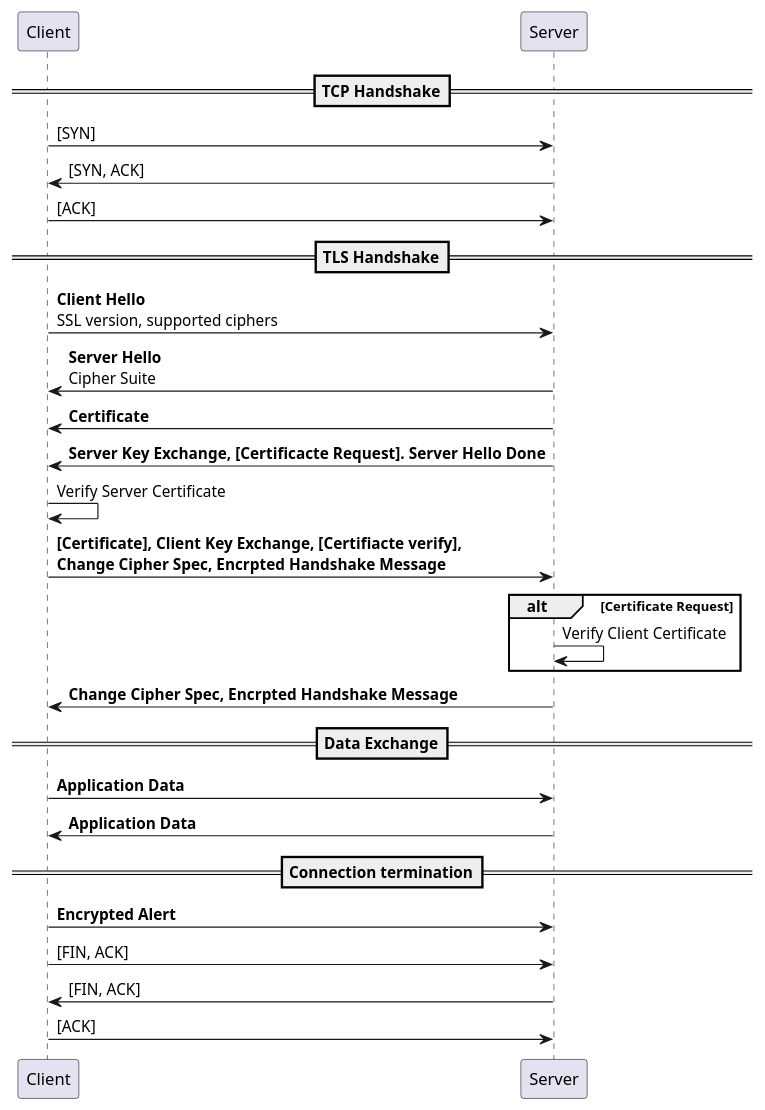
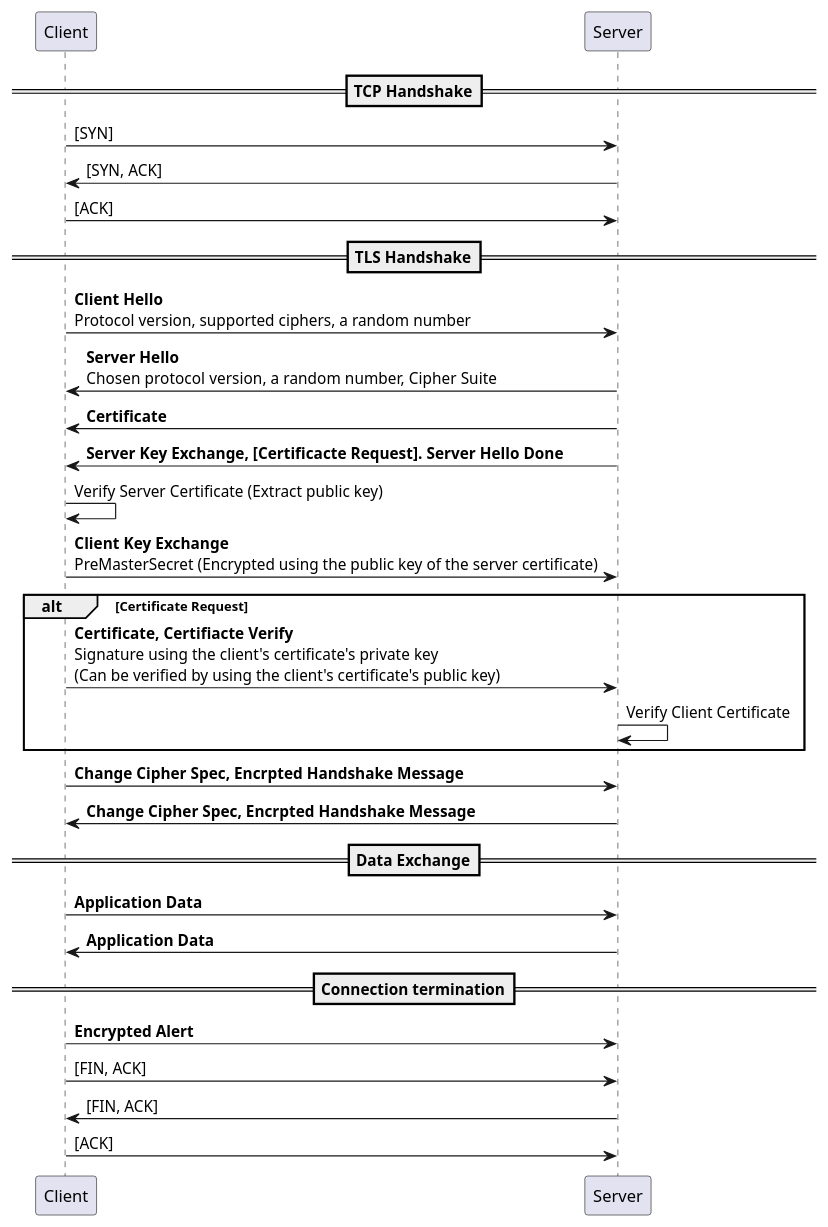
The diagram in http/https-flow.plantuml (yidas/web-service-protocols), drawn with PlantUML before and after one commit.

```diff
--- a/http/https-flow.plantuml
+++ b/http/https-flow.plantuml
@@ -1,27 +1,29 @@
 @startuml
 participant "Client" as c
 participant "Server" as s
 ==TCP Handshake==
 c->s: [SYN]
 s->c: [SYN, ACK]
 c->s: [ACK]
 ==TLS Handshake==
-c->s: **Client Hello**\nSSL version, supported ciphers
-s->c: **Server Hello**\nCipher Suite
+c->s: **Client Hello**\nProtocol version, supported ciphers, a random number
+s->c: **Server Hello**\nChosen protocol version, a random number, Cipher Suite
 s->c: **Certificate**
 s->c: **Server Key Exchange, [Certificacte Request]. Server Hello Done**
-c->c: Verify Server Certificate
-c->s: **[Certificate], Client Key Exchange, [Certifiacte verify],** \n**Change Cipher Spec, Encrpted Handshake Message**
+c->c: Verify Server Certificate (Extract public key)
+c->s: **Client Key Exchange**\nPreMasterSecret (Encrypted using the public key of the server certificate)
 alt Certificate Request
+c->s: **Certificate, Certifiacte Verify**\nSignature using the client's certificate's private key\n(Can be verified by using the client's certificate's public key)
 s->s: Verify Client Certificate
 end
+c->s: **Change Cipher Spec, Encrpted Handshake Message**
 s->c: **Change Cipher Spec, Encrpted Handshake Message**
 ==Data Exchange==
 c->s: **Application Data**
 s->c: **Application Data**
 ==Connection termination==
 c->s: **Encrypted Alert**
 c->s: [FIN, ACK]
 s->c: [FIN, ACK]
 c->s: [ACK]
 @enduml
```
